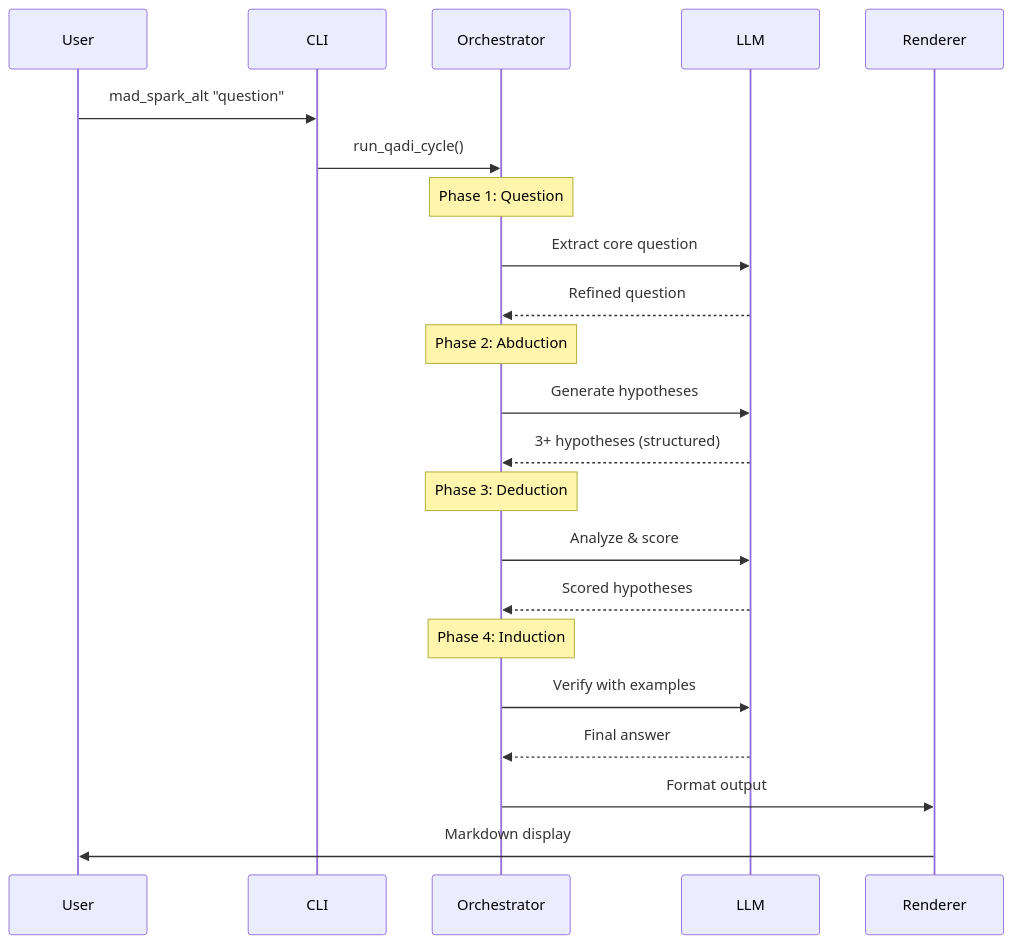
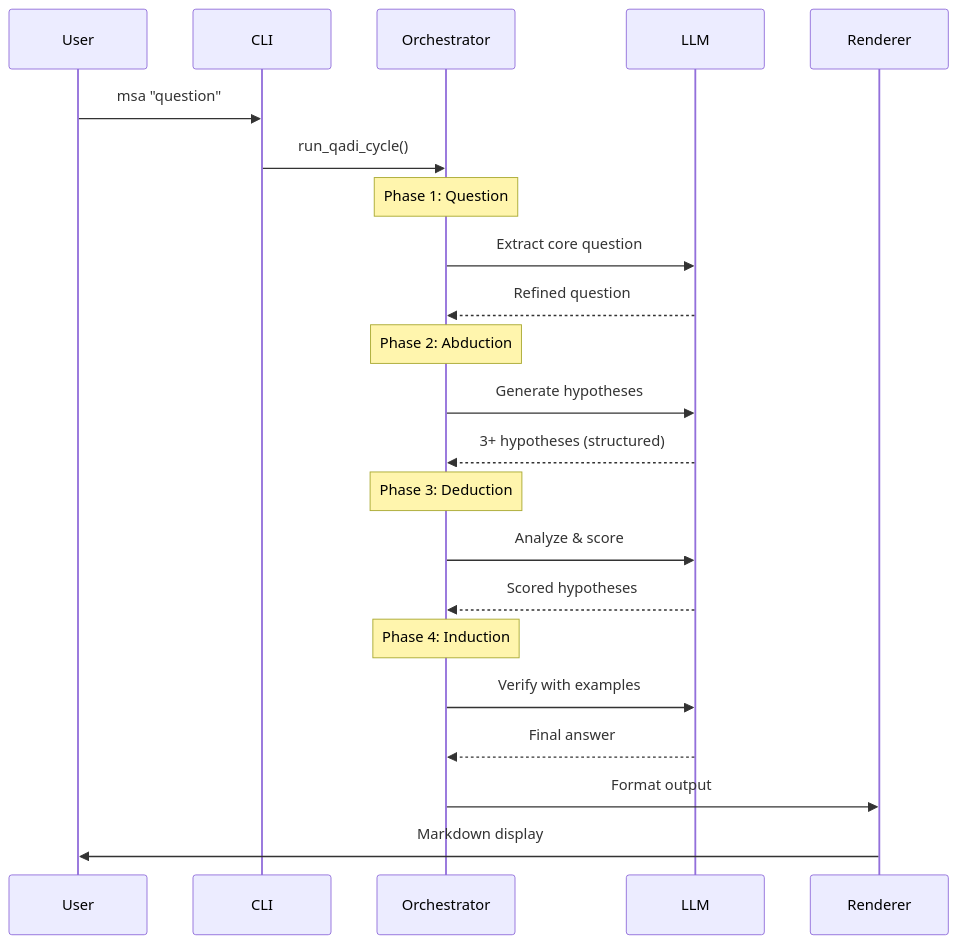
The third of 5 diagrams in ARCHITECTURE.md (TheIllusionOfLife/mad_spark_alt), drawn with Mermaid before and after one commit. The commit also changed other lines of this file and 27 other files, not shown here.

First line of the commit message:
feat: unify CLI under 'msa' command with default QADI behavior

````diff
--- a/ARCHITECTURE.md
+++ b/ARCHITECTURE.md
@@ -462,30 +495,30 @@
 ```mermaid
 sequenceDiagram
     participant User
     participant CLI
     participant Orchestrator
     participant LLM
     participant Renderer
     
-    User->>CLI: mad_spark_alt "question"
+    User->>CLI: msa "question"
     CLI->>Orchestrator: run_qadi_cycle()
     
     Note over Orchestrator: Phase 1: Question
     Orchestrator->>LLM: Extract core question
     LLM-->>Orchestrator: Refined question
     
     Note over Orchestrator: Phase 2: Abduction
     Orchestrator->>LLM: Generate hypotheses
     LLM-->>Orchestrator: 3+ hypotheses (structured)
     
     Note over Orchestrator: Phase 3: Deduction
     Orchestrator->>LLM: Analyze & score
     LLM-->>Orchestrator: Scored hypotheses
     
     Note over Orchestrator: Phase 4: Induction
     Orchestrator->>LLM: Verify with examples
     LLM-->>Orchestrator: Final answer
     
     Orchestrator->>Renderer: Format output
     Renderer->>User: Markdown display
 ```
````
